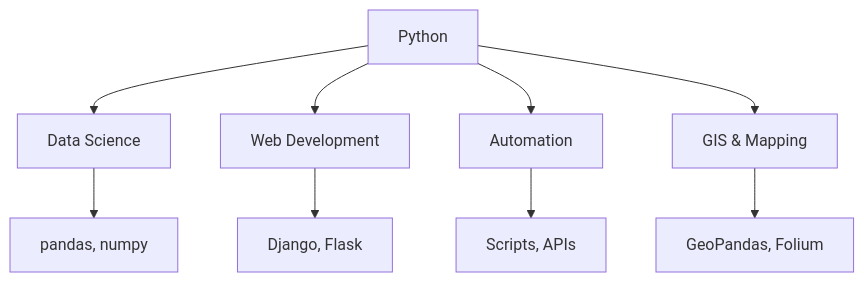
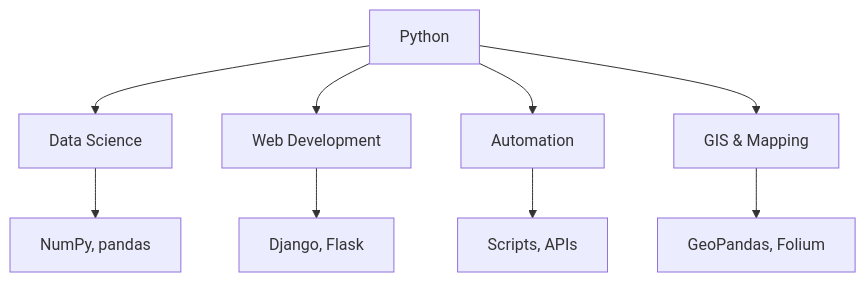
The first of 2 diagrams in docs/01_python_basics.md (Rotten-Grapes-Pvt-Ltd/Geopython-101), drawn with Mermaid before and after one commit. The commit also changed other lines of this file and 11 other files, not shown here.

````diff
--- a/docs/01_python_basics.md
+++ b/docs/01_python_basics.md
@@ -31,11 +35,11 @@
 ```mermaid
 graph TD
     A[Python] --> B[Data Science]
     A --> C[Web Development]
     A --> D[Automation]
     A --> E[GIS & Mapping]
-    B --> F[pandas, numpy]
+    B --> F[NumPy, pandas]
     C --> G[Django, Flask]
     D --> H[Scripts, APIs]
     E --> I[GeoPandas, Folium]
 ```
````
